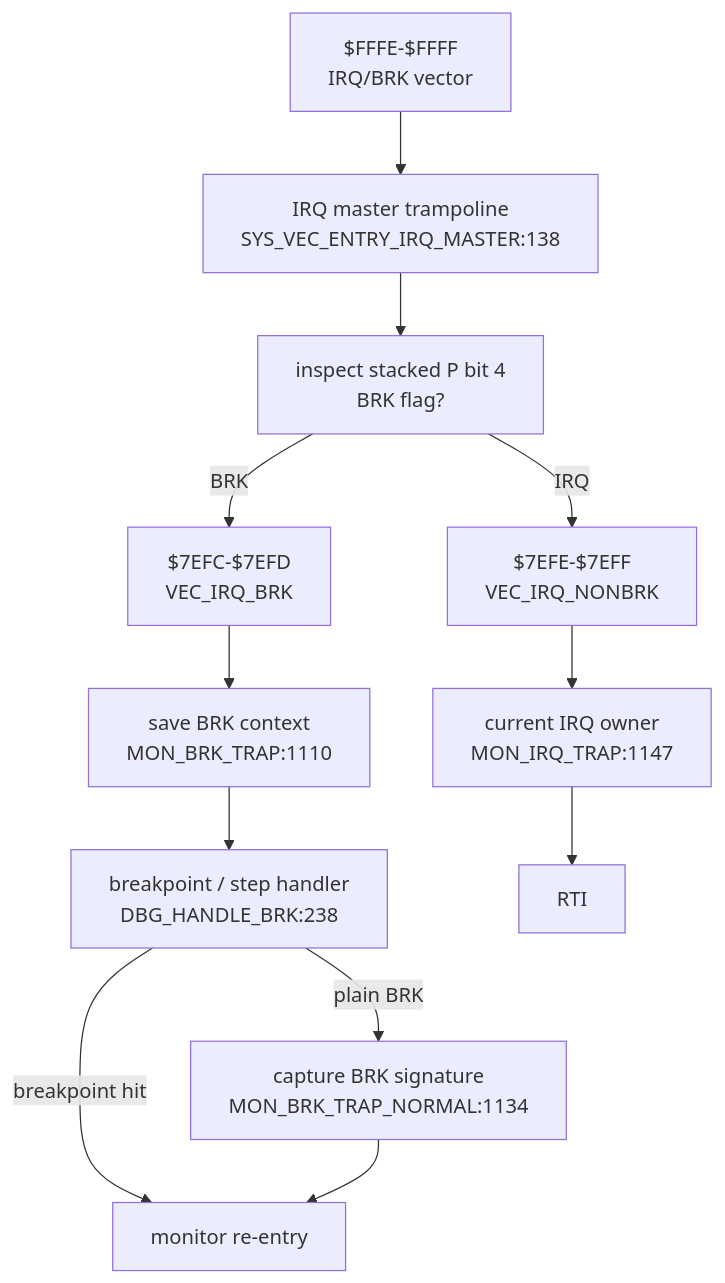
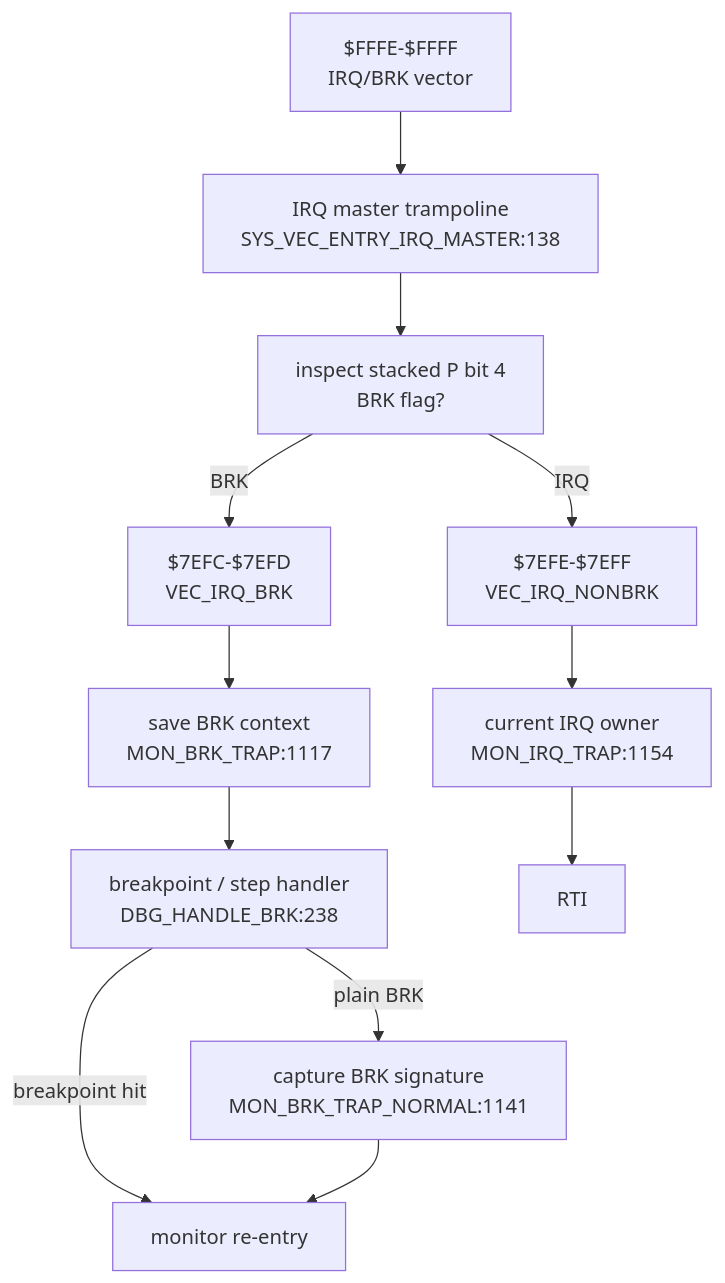
Before and after one commit to 95westus/R-YORS: the fifth of 6 diagrams in DOC/GENERATED/INTERRUPT_VECTOR_MAP.md, drawn with Mermaid. The commit also changed other lines of this file and 32 other files, not shown here.

````diff
--- a/DOC/GENERATED/INTERRUPT_VECTOR_MAP.md
+++ b/DOC/GENERATED/INTERRUPT_VECTOR_MAP.md
@@ -75,14 +75,14 @@
 ```mermaid
 flowchart TD
     IRQV["$FFFE-$FFFF<br/>IRQ/BRK vector"] --> IRQMASTER["IRQ master trampoline<br/>SYS_VEC_ENTRY_IRQ_MASTER:138"]
     IRQMASTER --> SPLIT["inspect stacked P bit 4<br/>BRK flag?"]
     SPLIT -->|BRK| VECBRK["$7EFC-$7EFD<br/>VEC_IRQ_BRK"]
     SPLIT -->|IRQ| VECIRQ["$7EFE-$7EFF<br/>VEC_IRQ_NONBRK"]
-    VECBRK --> BRKTRAP["save BRK context<br/>MON_BRK_TRAP:1110"]
+    VECBRK --> BRKTRAP["save BRK context<br/>MON_BRK_TRAP:1117"]
     BRKTRAP --> DBGBRK["breakpoint / step handler<br/>DBG_HANDLE_BRK:238"]
     DBGBRK -->|breakpoint hit| REENTER["monitor re-entry"]
-    DBGBRK -->|plain BRK| BRKNORMAL["capture BRK signature<br/>MON_BRK_TRAP_NORMAL:1134"]
+    DBGBRK -->|plain BRK| BRKNORMAL["capture BRK signature<br/>MON_BRK_TRAP_NORMAL:1141"]
     BRKNORMAL --> REENTER
-    VECIRQ --> IRQTRAP["current IRQ owner<br/>MON_IRQ_TRAP:1147"]
+    VECIRQ --> IRQTRAP["current IRQ owner<br/>MON_IRQ_TRAP:1154"]
     IRQTRAP --> RTIIRQ["RTI"]
 ```
````
